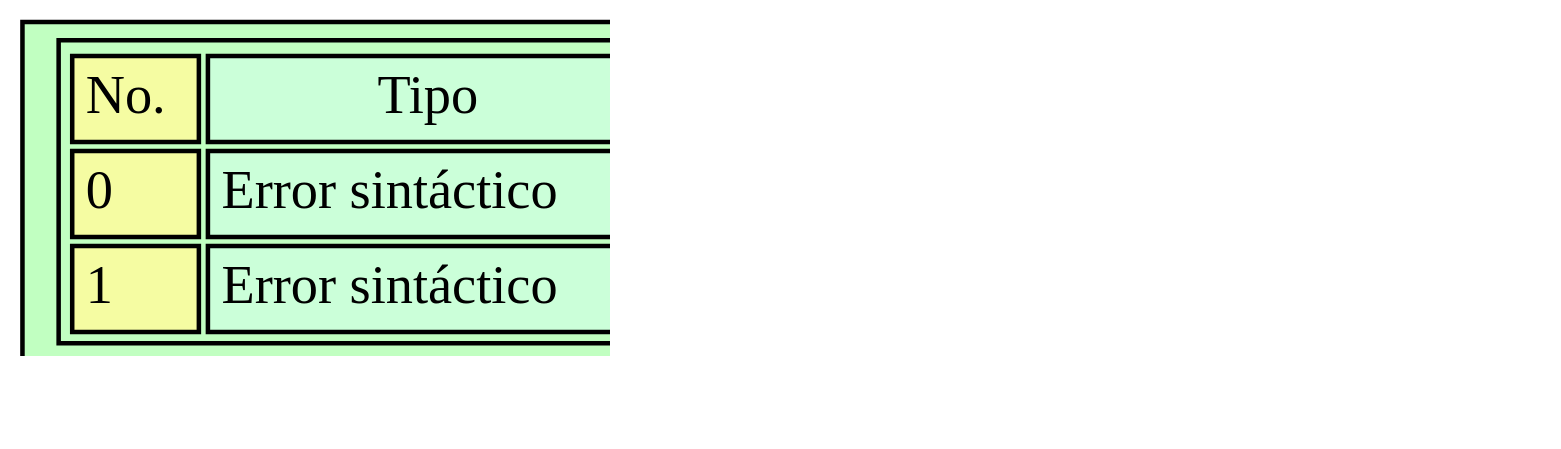
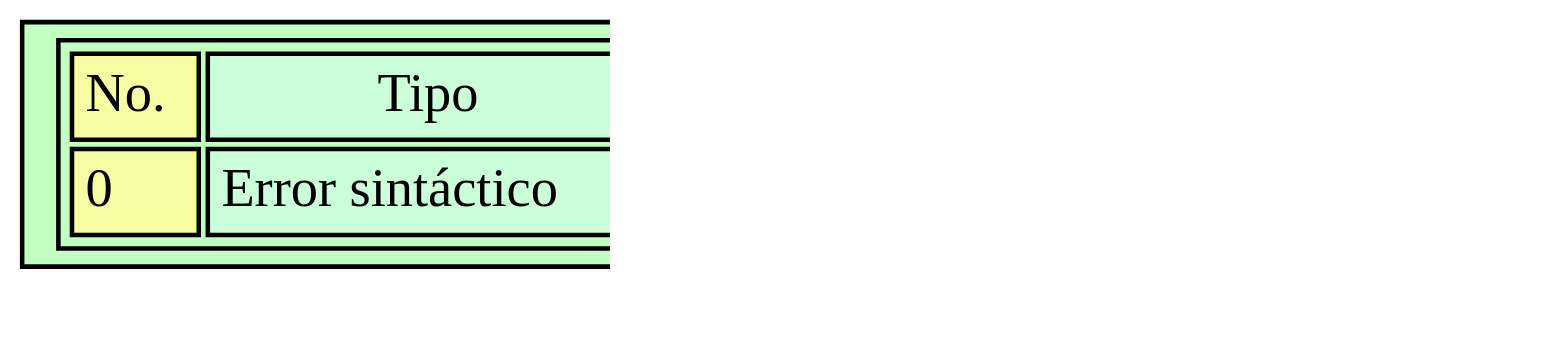
Before and after one commit to Hrafnyr/OLC1-202010833: the diagram in Proyecto_2/server/src/AST/errores.dot, drawn with Graphviz. The commit also changed 59 other files, not shown here.

```diff
--- a/Proyecto_2/server/src/AST/errores.dot
+++ b/Proyecto_2/server/src/AST/errores.dot
@@ -1,19 +1,18 @@
 digraph G {
 graph[dpi = 200]
 node[shape=box fontsize=12 fillcolor="darkseagreen1" style="filled"];
 label="Tabla de Errores";
 nodo [ label = <
 <table border="1">
 <tr>
 <td align="text" bgcolor="#f5fca2">No.</td>
 <td align="text" bgcolor="#cbffd9">Tipo</td>
 <td align="text" bgcolor="#a8f2f9">Descripción</td>
 <td align="text" bgcolor="#a8f2f9">Fila</td>
 <td align="text" bgcolor="#a8f2f9">Columna</td>
 </tr><tr>
-<td align="text" bgcolor="#f5fca2">0<br align="left"/></td><td align="text" bgcolor="#cbffd9">Error sintáctico<br align="left"/></td><td align="text" bgcolor="#a8f2f9">No se esperaba: ;<br align="left"/></td><td align="text" bgcolor="#cbffd9">5<br align="left"/></td><td align="text" bgcolor="#a8f2f9">9<br align="left"/></td></tr><tr>
-<td align="text" bgcolor="#f5fca2">1<br align="left"/></td><td align="text" bgcolor="#cbffd9">Error sintáctico<br align="left"/></td><td align="text" bgcolor="#a8f2f9">No se esperaba: ;<br align="left"/></td><td align="text" bgcolor="#cbffd9">7<br align="left"/></td><td align="text" bgcolor="#a8f2f9">10<br align="left"/></td></tr>
+<td align="text" bgcolor="#f5fca2">0<br align="left"/></td><td align="text" bgcolor="#cbffd9">Error sintáctico<br align="left"/></td><td align="text" bgcolor="#a8f2f9">No se esperaba: ;<br align="left"/></td><td align="text" bgcolor="#cbffd9">2<br align="left"/></td><td align="text" bgcolor="#a8f2f9">4<br align="left"/></td></tr>
 </table>
 >
 ]
 }
```
